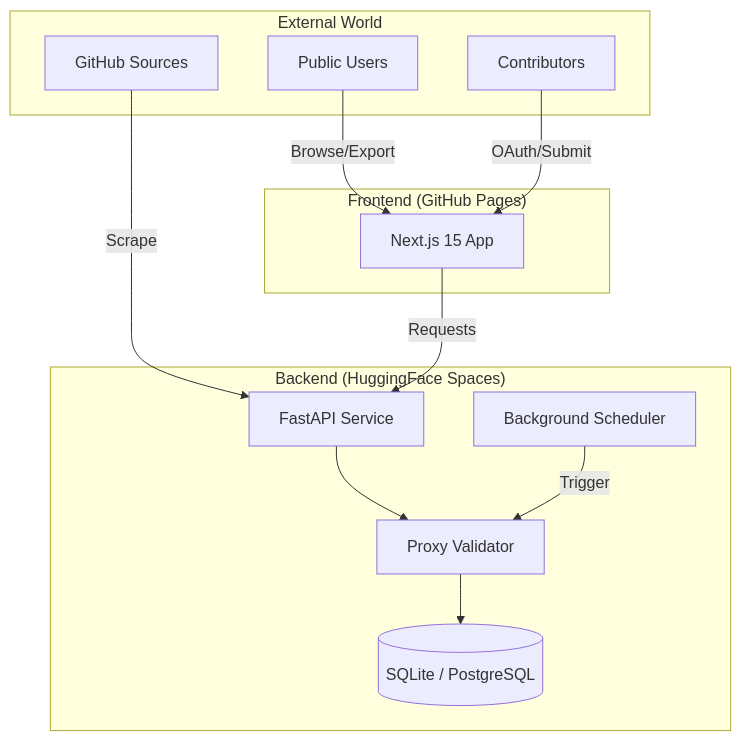
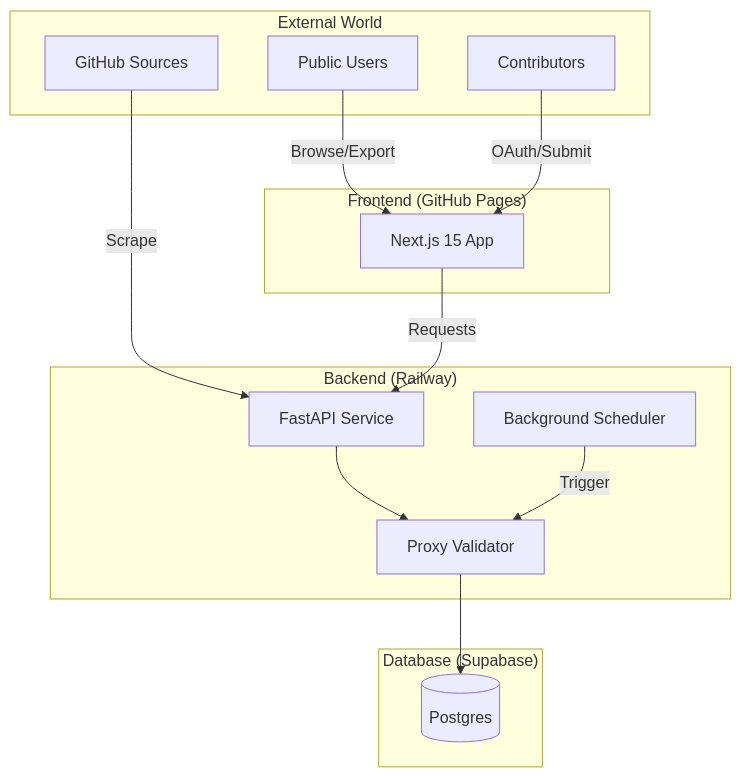
One commit to oyi77/1proxy changed the first of 3 diagrams in README.md. Above: the diagram before and after it, drawn with Mermaid. The commit also changed other lines of this file and 4 other files, not shown here.

````diff
--- a/README.md
+++ b/README.md
@@ -9,27 +9,30 @@
 ```mermaid
 graph TD
     subgraph "External World"
         G[GitHub Sources]
         U[Public Users]
         C[Contributors]
     end
 
     subgraph "Frontend (GitHub Pages)"
         FE[Next.js 15 App]
     end
 
-    subgraph "Backend (HuggingFace Spaces)"
+    subgraph "Backend (Railway)"
         API[FastAPI Service]
         VAL[Proxy Validator]
-        DB[(SQLite / PostgreSQL)]
         SCH[Background Scheduler]
+    end
+
+    subgraph "Database (Supabase)"
+        DB[(Postgres)]
     end
 
     G -->|Scrape| API
     U -->|Browse/Export| FE
     FE -->|Requests| API
     C -->|OAuth/Submit| FE
     API --> VAL
     VAL --> DB
     SCH -->|Trigger| VAL
 ```
````
